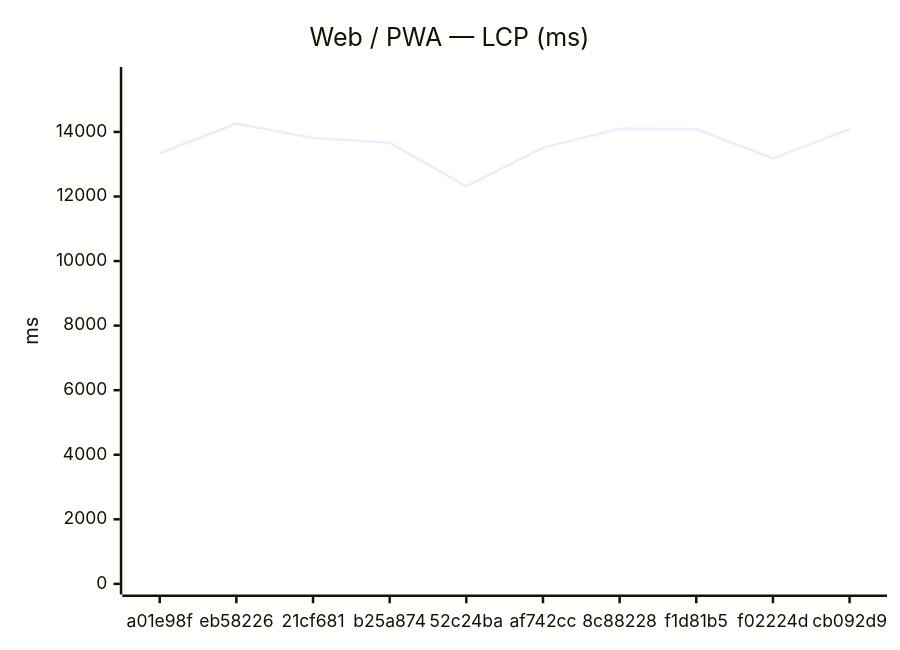
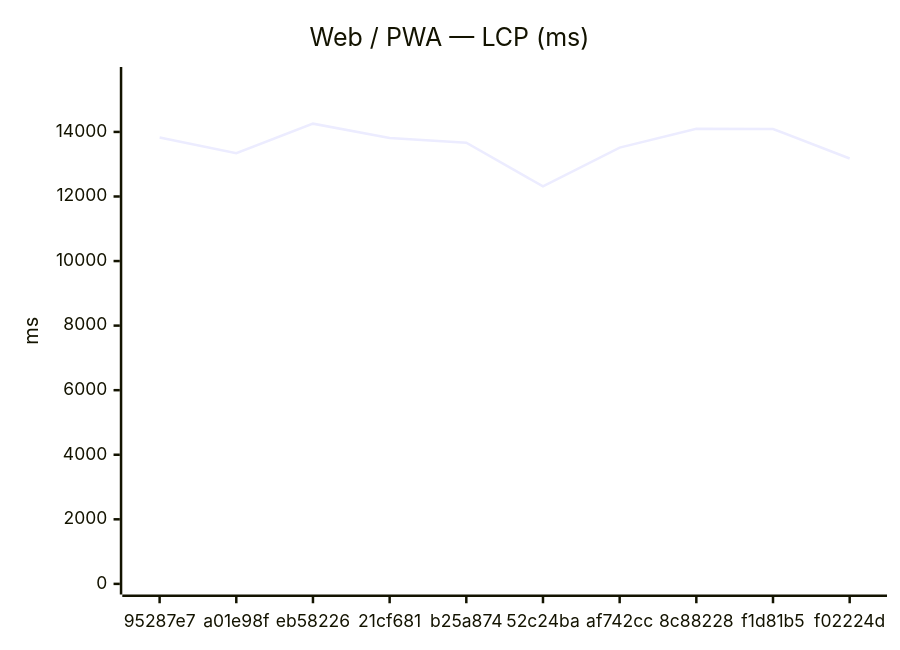
One commit to Metaheurist/Rianell changed the first of 18 diagrams in benchmarks/compare.md. Above: the diagram before and after it, drawn with Mermaid. The commit also changed other lines of this file and 11 other files, not shown here.

````diff
--- a/benchmarks/compare.md
+++ b/benchmarks/compare.md
@@ -24,7 +24,7 @@
 ```mermaid
 xychart-beta
     title "Web / PWA — LCP (ms)"
-    x-axis ["a01e98f", "eb58226", "21cf681", "b25a874", "52c24ba", "af742cc", "8c88228", "f1d81b5", "f02224d", "cb092d9"]
+    x-axis ["95287e7", "a01e98f", "eb58226", "21cf681", "b25a874", "52c24ba", "af742cc", "8c88228", "f1d81b5", "f02224d"]
     y-axis "ms" 0 --> 15682
-    line [13339, 14256, 13811, 13665, 12311, 13514, 14099, 14091, 13178, 14089]
+    line [13828, 13339, 14256, 13811, 13665, 12311, 13514, 14099, 14091, 13178]
 ```
````
